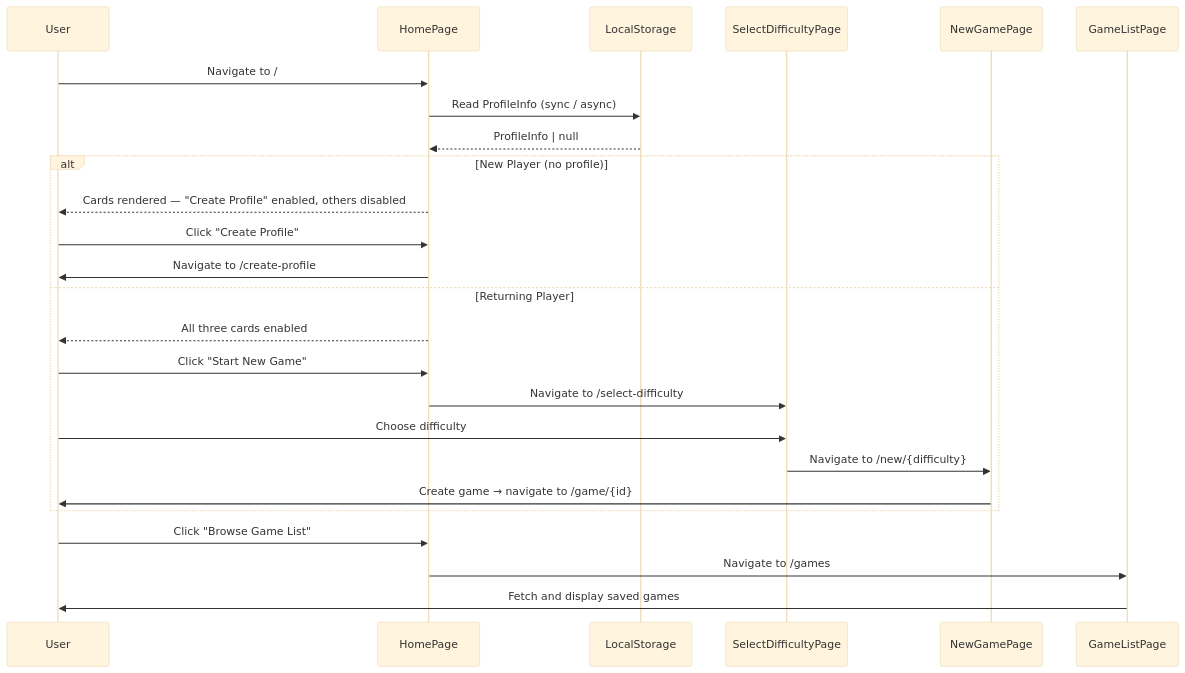
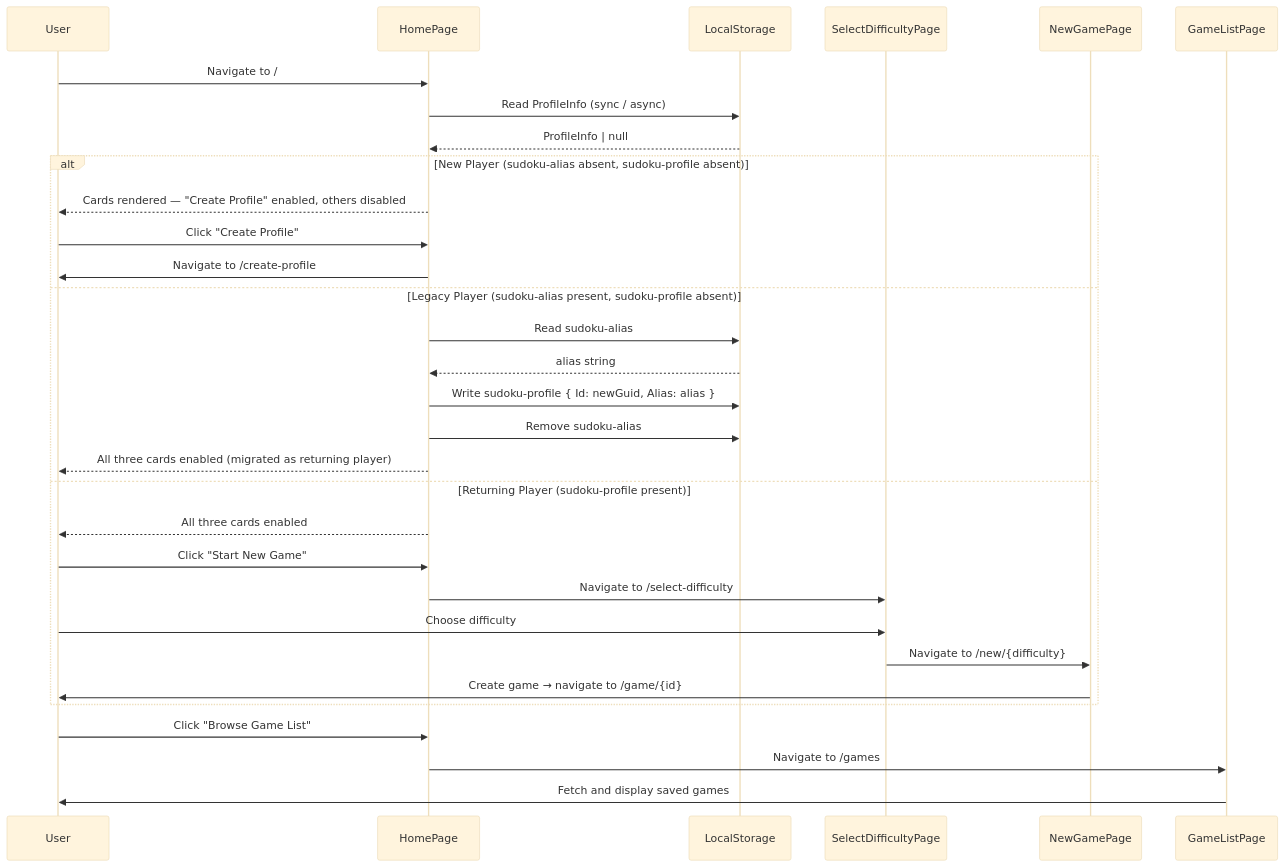
Before and after one commit to xenobiasoft/sudoku: the diagram in docs/specs/spec-home-page.md, drawn with Mermaid (base theme). The commit also changed other lines of this file and 1 other file, not shown here.

````diff
--- a/docs/specs/spec-home-page.md
+++ b/docs/specs/spec-home-page.md
@@ -71,30 +72,36 @@
 ```mermaid
 sequenceDiagram
     participant User
     participant HomePage
     participant LocalStorage
     participant SelectDifficultyPage
     participant NewGamePage
     participant GameListPage
 
     User->>HomePage: Navigate to /
     HomePage->>LocalStorage: Read ProfileInfo (sync / async)
     LocalStorage-->>HomePage: ProfileInfo | null
 
-    alt New Player (no profile)
+    alt New Player (sudoku-alias absent, sudoku-profile absent)
         HomePage-->>User: Cards rendered — "Create Profile" enabled, others disabled
         User->>HomePage: Click "Create Profile"
         HomePage->>User: Navigate to /create-profile
-    else Returning Player
+    else Legacy Player (sudoku-alias present, sudoku-profile absent)
+        HomePage->>LocalStorage: Read sudoku-alias
+        LocalStorage-->>HomePage: alias string
+        HomePage->>LocalStorage: Write sudoku-profile { Id: newGuid, Alias: alias }
+        HomePage->>LocalStorage: Remove sudoku-alias
+        HomePage-->>User: All three cards enabled (migrated as returning player)
+    else Returning Player (sudoku-profile present)
         HomePage-->>User: All three cards enabled
         User->>HomePage: Click "Start New Game"
         HomePage->>SelectDifficultyPage: Navigate to /select-difficulty
         User->>SelectDifficultyPage: Choose difficulty
         SelectDifficultyPage->>NewGamePage: Navigate to /new/{difficulty}
         NewGamePage->>User: Create game → navigate to /game/{id}
     end
 
     User->>HomePage: Click "Browse Game List"
     HomePage->>GameListPage: Navigate to /games
     GameListPage->>User: Fetch and display saved games
 ```
````
